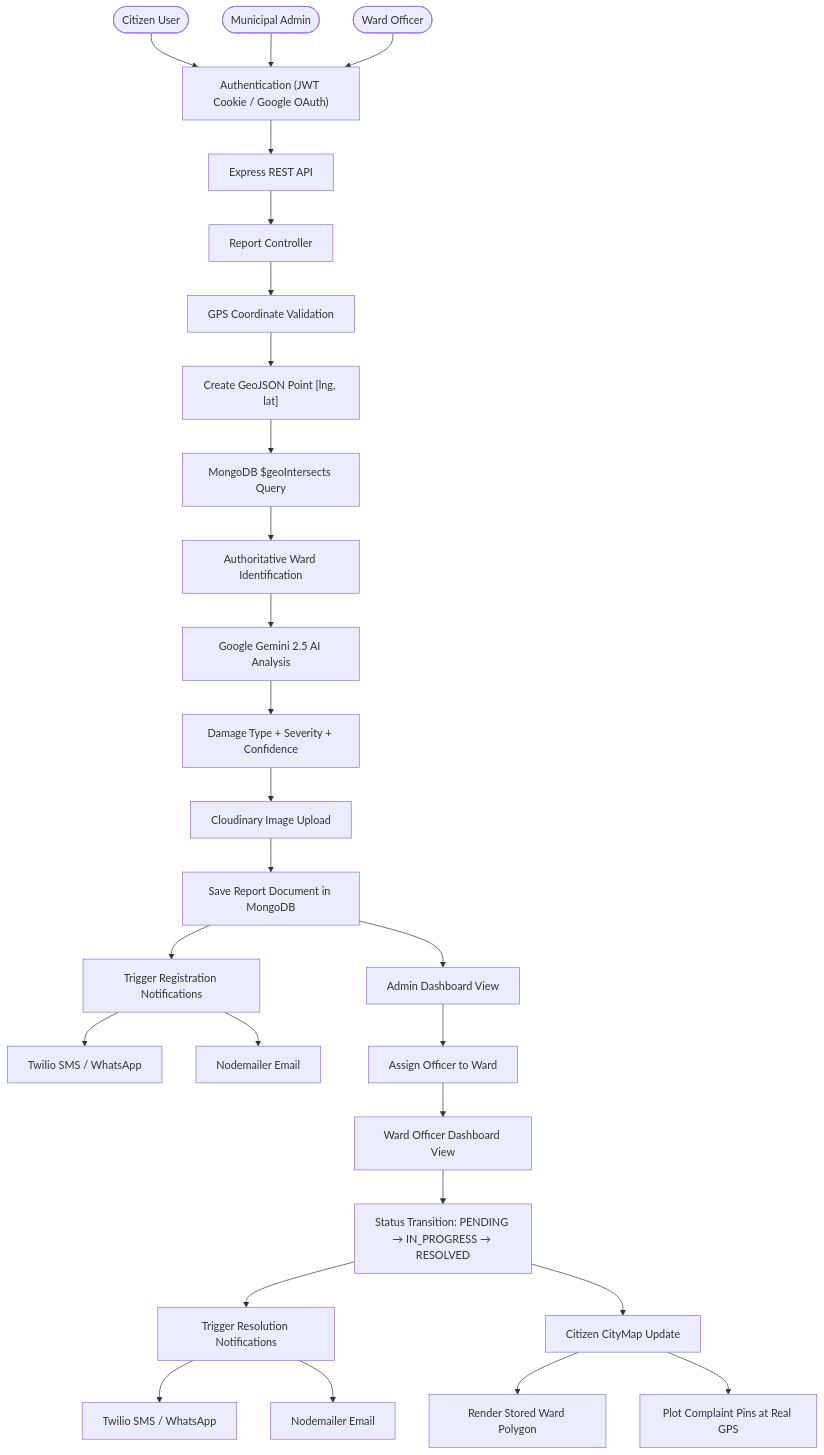
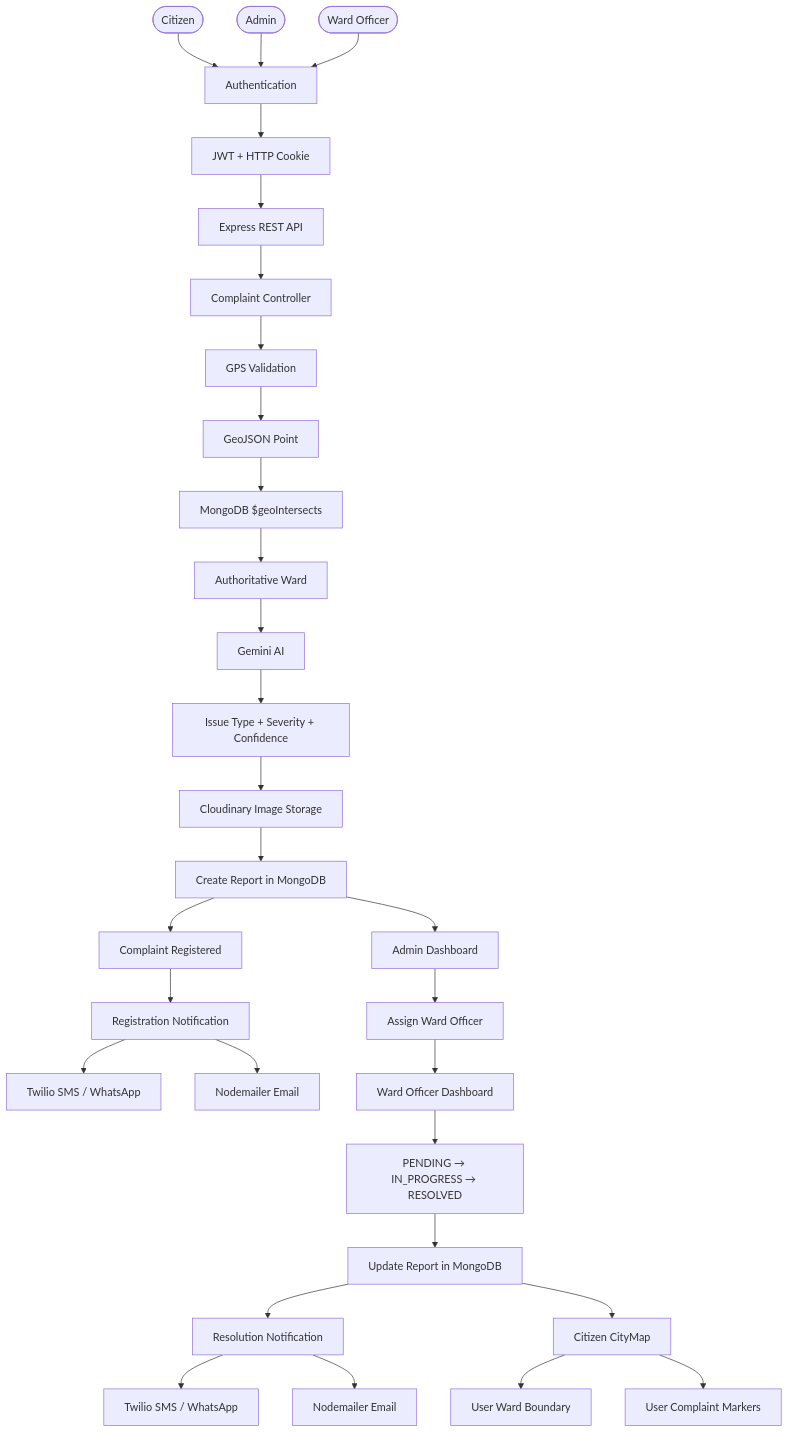
Before and after one commit to Ravindraprajapat/faultline-ai: the second of 20 diagrams in README.md, drawn with Mermaid. The commit also changed other lines of this file, not shown here.

Commit message:
docs: add 20 comprehensive Mermaid flowcharts and sequence diagrams to README.md

````diff
--- a/README.md
+++ b/README.md
@@ -150,43 +190,55 @@
 ```mermaid
 flowchart TD
-    CITIZEN([Citizen User])
-    ADMIN([Municipal Admin])
+    CITIZEN([Citizen])
+    ADMIN([Admin])
     OFFICER([Ward Officer])
 
-    CITIZEN --> AUTH["Authentication (JWT Cookie / Google OAuth)"]
+    CITIZEN --> AUTH["Authentication"]
     ADMIN --> AUTH
     OFFICER --> AUTH
 
-    AUTH --> REST["Express REST API"]
+    AUTH --> JWT["JWT + HTTP Cookie"]
 
-    REST --> REPORT_CTRL["Report Controller"]
-    REPORT_CTRL --> GPS_VAL["GPS Coordinate Validation"]
-    GPS_VAL --> GEO_POINT["Create GeoJSON Point [lng, lat]"]
+    JWT --> API["Express REST API"]
 
-    GEO_POINT --> SPATIAL["MongoDB $geoIntersects Query"]
-    SPATIAL --> WARD_MATCH["Authoritative Ward Identification"]
+    API --> REPORT["Complaint Controller"]
 
-    WARD_MATCH --> AI_PIPE["Google Gemini 2.5 AI Analysis"]
-    AI_PIPE --> AI_RES["Damage Type + Severity + Confidence"]
+    REPORT --> GPS["GPS Validation"]
+    GPS --> GEO["GeoJSON Point"]
 
-    AI_RES --> CLOUD_UP["Cloudinary Image Upload"]
-    CLOUD_UP --> DB_SAVE["Save Report Document in MongoDB"]
+    GEO --> SPATIAL["MongoDB $geoIntersects"]
+    SPATIAL --> WARD["Authoritative Ward"]
 
-    DB_SAVE --> REG_NOTIFY["Trigger Registration Notifications"]
-    REG_NOTIFY --> TW1["Twilio SMS / WhatsApp"]
-    REG_NOTIFY --> MAIL1["Nodemailer Email"]
+    WARD --> AI["Gemini AI"]
+    AI --> ANALYSIS["Issue Type + Severity + Confidence"]
 
-    DB_SAVE --> ADMIN_DASH["Admin Dashboard View"]
-    ADMIN_DASH --> ASSIGN_OFFICER["Assign Officer to Ward"]
+    ANALYSIS --> IMAGE["Cloudinary Image Storage"]
 
-    ASSIGN_OFFICER --> OFFICER_DASH["Ward Officer Dashboard View"]
-    OFFICER_DASH --> STATUS_TRANS["Status Transition: PENDING → IN_PROGRESS → RESOLVED"]
+    IMAGE --> SAVE["Create Report in MongoDB"]
 
-    STATUS_TRANS --> RES_NOTIFY["Trigger Resolution Notifications"]
-    RES_NOTIFY --> TW2["Twilio SMS / WhatsApp"]
-    RES_NOTIFY --> MAIL2["Nodemailer Email"]
+    SAVE --> REGISTER["Complaint Registered"]
 
-    STATUS_TRANS --> CITYMAP["Citizen CityMap Update"]
-    CITYMAP --> BOUNDARY["Render Stored Ward Polygon"]
-    CITYMAP --> PINS["Plot Complaint Pins at Real GPS"]
+    REGISTER --> NOTIFY1["Registration Notification"]
+    NOTIFY1 --> SMS1["Twilio SMS / WhatsApp"]
+    NOTIFY1 --> EMAIL1["Nodemailer Email"]
+
+    SAVE --> ADMIN_PANEL["Admin Dashboard"]
+
+    ADMIN_PANEL --> ASSIGN["Assign Ward Officer"]
+
+    ASSIGN --> OFFICER_PANEL["Ward Officer Dashboard"]
+
+    OFFICER_PANEL --> STATUS["PENDING → IN_PROGRESS → RESOLVED"]
+
+    STATUS --> UPDATE["Update Report in MongoDB"]
+
+    UPDATE --> NOTIFY2["Resolution Notification"]
+
+    NOTIFY2 --> SMS2["Twilio SMS / WhatsApp"]
+    NOTIFY2 --> EMAIL2["Nodemailer Email"]
+
+    UPDATE --> CITYMAP["Citizen CityMap"]
+
+    CITYMAP --> USER_WARD["User Ward Boundary"]
+    CITYMAP --> USER_REPORTS["User Complaint Markers"]
 ```
````
